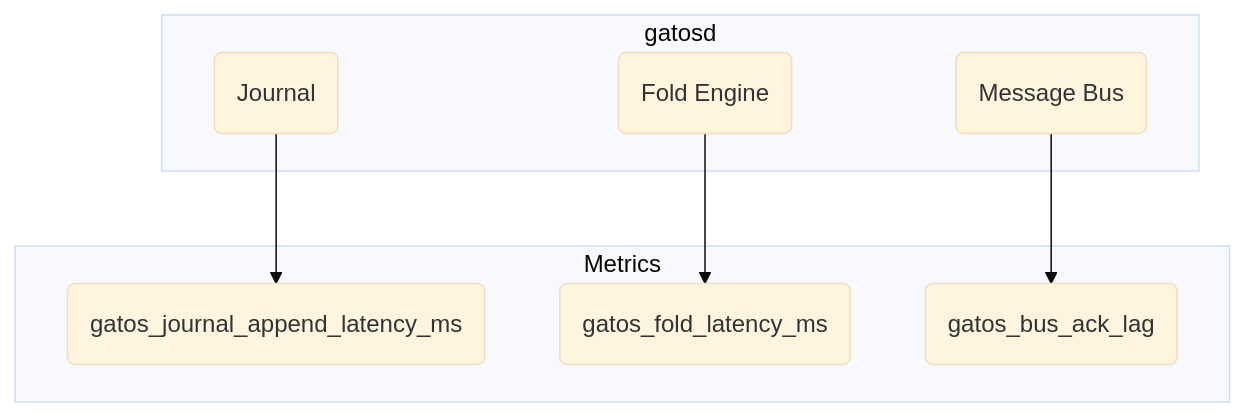
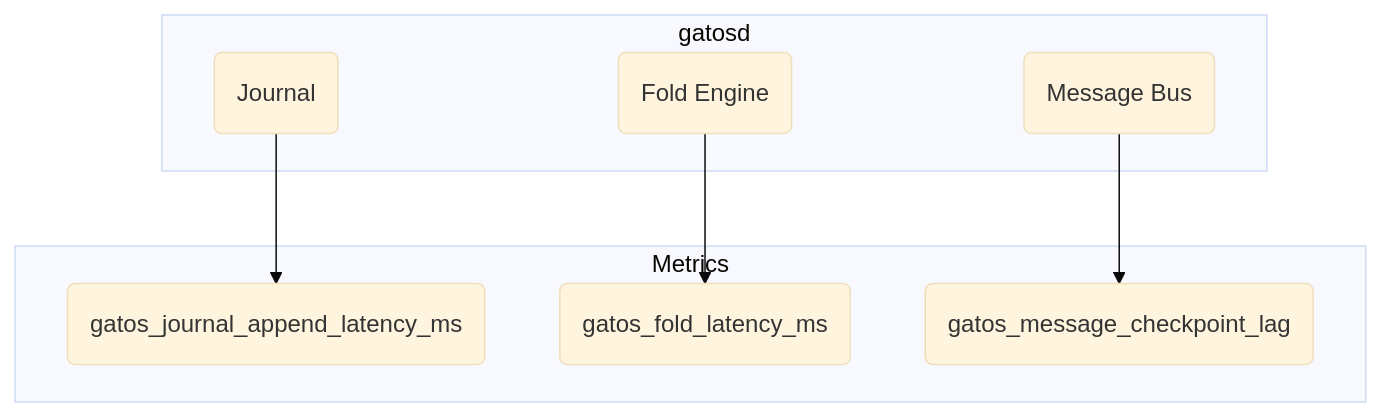
Before and after one commit to flyingrobots/gatos: the eighth of 15 diagrams in docs/TECH-SPEC.md, drawn with Mermaid (base theme). The commit also changed 14 other files, not shown here.

````diff
--- a/docs/TECH-SPEC.md
+++ b/docs/TECH-SPEC.md
@@ -426,16 +426,16 @@
 ```mermaid
 graph TD
     subgraph "gatosd"
         A(Journal)
         B(Fold Engine)
         C(Message Bus)
     end
     subgraph "Metrics"
         M1(gatos_journal_append_latency_ms)
         M2(gatos_fold_latency_ms)
-        M3(gatos_bus_ack_lag)
+        M3(gatos_message_checkpoint_lag)
     end
     A --> M1
     B --> M2
     C --> M3
 ```
````
